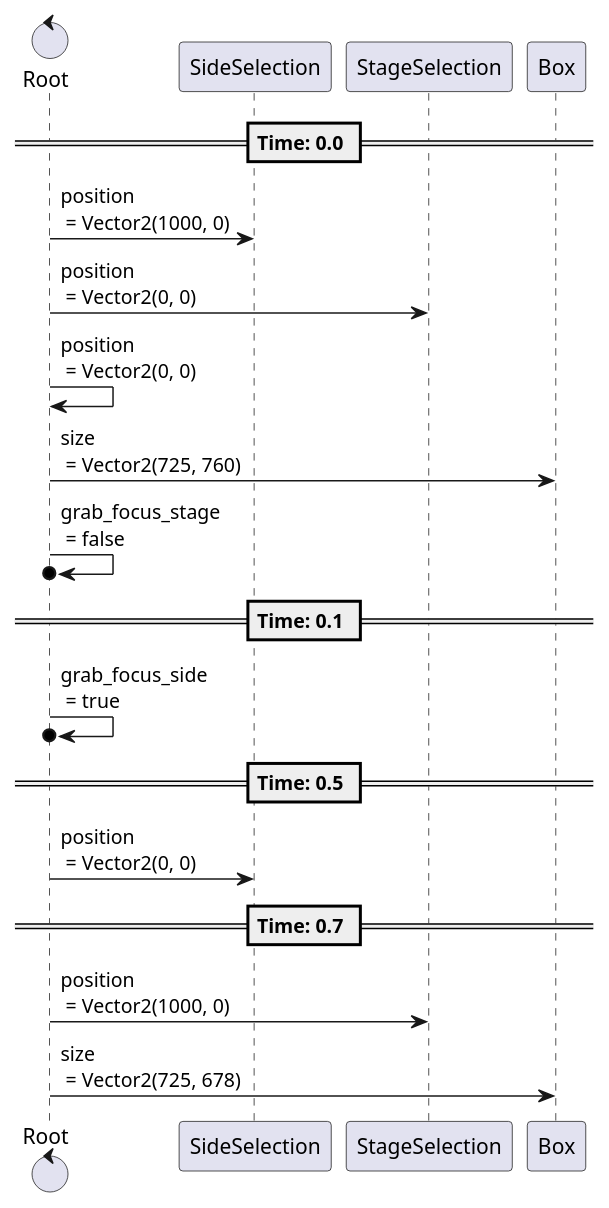
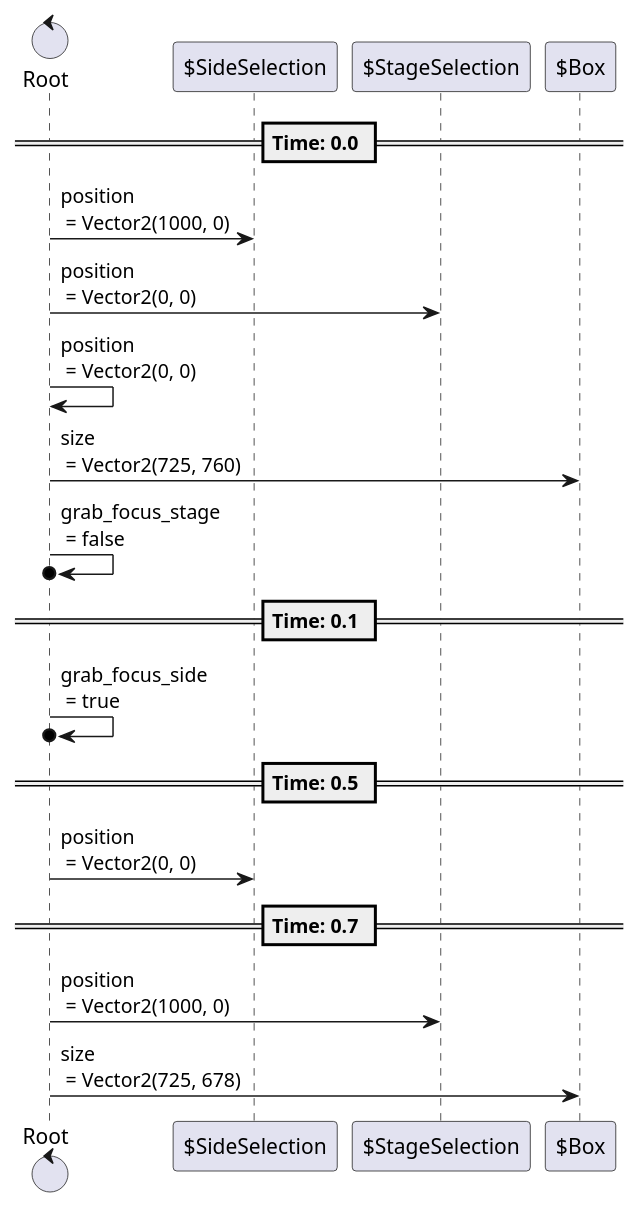
One commit to tkmfujise/Platformer-Game-Learning changed the fourth of 6 diagrams in content/scenes/src/beginning/chapters/menu/menu.tscn.adoc. Above: the diagram before and after it, drawn with PlantUML. The commit also changed other lines of this file and 31 other files, not shown here.

Commit message:
Add prefix $ to node name in animation sequences

```diff
--- a/content/scenes/src/beginning/chapters/menu/menu.tscn.adoc
+++ b/content/scenes/src/beginning/chapters/menu/menu.tscn.adoc
@@ -423,25 +423,25 @@
 [plantuml]
 ....
-control "Root" as Root
-participant "SideSelection" as T0
-participant "StageSelection" as T1
-participant "Box" as T3
+control "Root" as R
+participant "$SideSelection" as T0
+participant "$StageSelection" as T1
+participant "$Box" as T3
 
 
 
 == Time: 0.0 ==
-Root  ->  T0 : position\n = Vector2(1000, 0)
-Root  ->  T1 : position\n = Vector2(0, 0)
-Root  ->  Root : position\n = Vector2(0, 0)
-Root  ->  T3 : size\n = Vector2(725, 760)
-Root  ->o  Root : grab_focus_stage\n = false
+R  ->  T0 : position\n = Vector2(1000, 0)
+R  ->  T1 : position\n = Vector2(0, 0)
+R  ->  R : position\n = Vector2(0, 0)
+R  ->  T3 : size\n = Vector2(725, 760)
+R  ->o  R : grab_focus_stage\n = false
 == Time: 0.1 ==
-Root  ->o  Root : grab_focus_side\n = true
+R  ->o  R : grab_focus_side\n = true
 == Time: 0.5 ==
-Root  ->  T0 : position\n = Vector2(0, 0)
+R  ->  T0 : position\n = Vector2(0, 0)
 == Time: 0.7 ==
-Root  ->  T1 : position\n = Vector2(1000, 0)
-Root  ->  T3 : size\n = Vector2(725, 678)
+R  ->  T1 : position\n = Vector2(1000, 0)
+R  ->  T3 : size\n = Vector2(725, 678)
 
 
 ....
```
